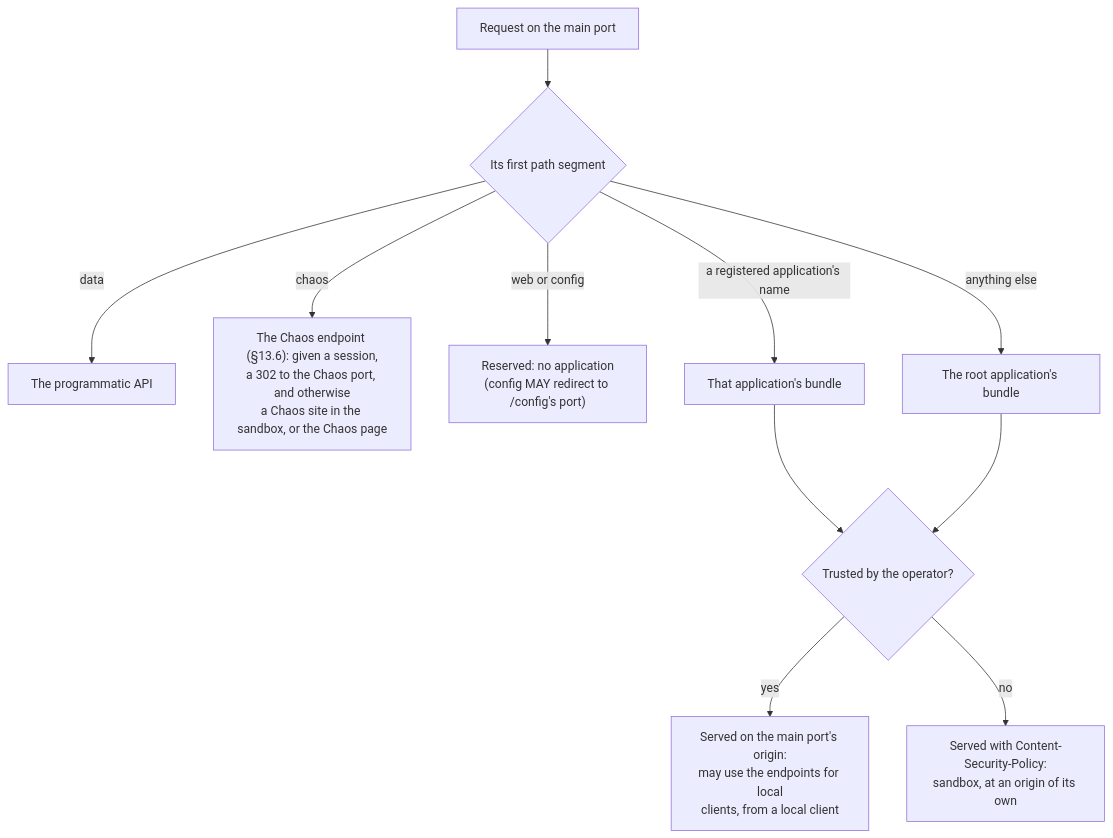
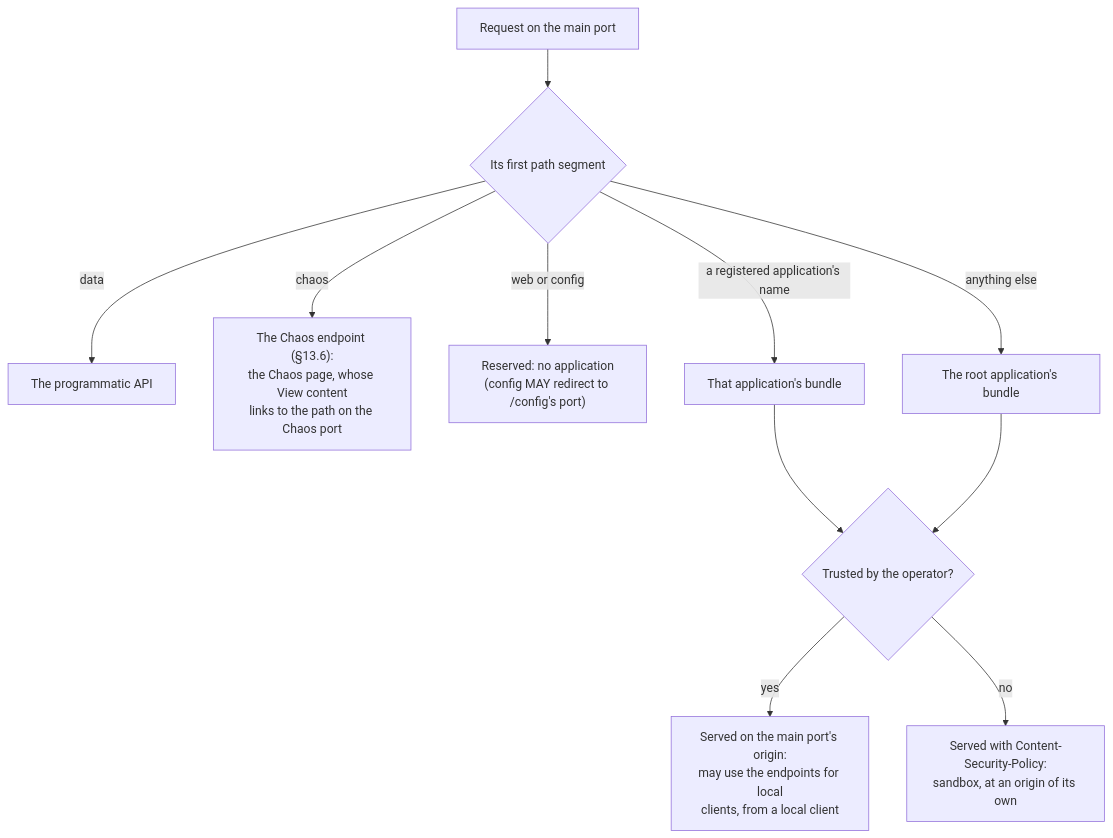
Before and after one commit to marcpage/libranet: diagram 12 of 14 in docs/specs/HttpApi.md, drawn with Mermaid. The commit also changed other lines of this file and 31 other files, not shown here.

First line of the commit message:
Working with chaos endpoint content (#684)

````diff
--- a/docs/specs/HttpApi.md
+++ b/docs/specs/HttpApi.md
@@ -3418,13 +3502,13 @@
 ```mermaid
 flowchart TD
     req["Request on the main port"] --> seg{"Its first path segment"}
     seg -->|data| api["The programmatic API"]
-    seg -->|chaos| chaos["The Chaos endpoint (§13.6): given a session,<br/>a 302 to the Chaos port, and otherwise<br/>a Chaos site in the sandbox, or the Chaos page"]
+    seg -->|chaos| chaos["The Chaos endpoint (§13.6):<br/>the Chaos page, whose View content<br/>links to the path on the Chaos port"]
     seg -->|"web or config"| reserved["Reserved: no application<br/>(config MAY redirect to /config's port)"]
     seg -->|"a registered application's name"| app["That application's bundle"]
     seg -->|"anything else"| rootapp["The root application's bundle"]
     app --> trusted{"Trusted by the operator?"}
     rootapp --> trusted
     trusted -->|yes| plain["Served on the main port's origin:<br/>may use the endpoints for local<br/>clients, from a local client"]
     trusted -->|no| sandbox["Served with Content-Security-Policy:<br/>sandbox, at an origin of its own"]
 ```
````
